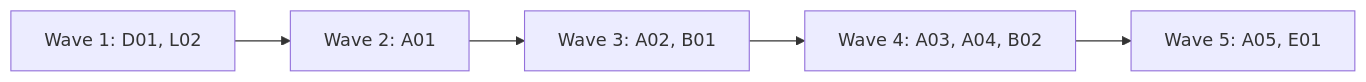
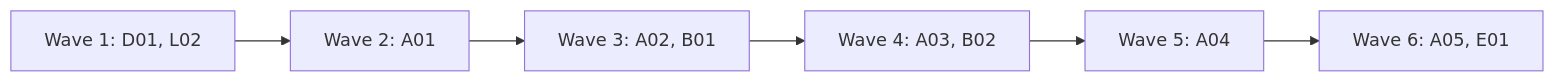
The diagram in docs/plan-connections-finish.md (alfhen/gossamr-app), drawn with Mermaid before and after one commit. The commit also changed other lines of this file, not shown here.

````diff
--- a/docs/plan-connections-finish.md
+++ b/docs/plan-connections-finish.md
@@ -50,7 +50,8 @@
 ```mermaid
 flowchart LR
   W1[Wave 1: D01, L02] --> W2[Wave 2: A01]
   W2 --> W3[Wave 3: A02, B01]
-  W3 --> W4[Wave 4: A03, A04, B02]
-  W4 --> W5[Wave 5: A05, E01]
+  W3 --> W4[Wave 4: A03, B02]
+  W4 --> W5[Wave 5: A04]
+  W5 --> W6[Wave 6: A05, E01]
 ```
````
